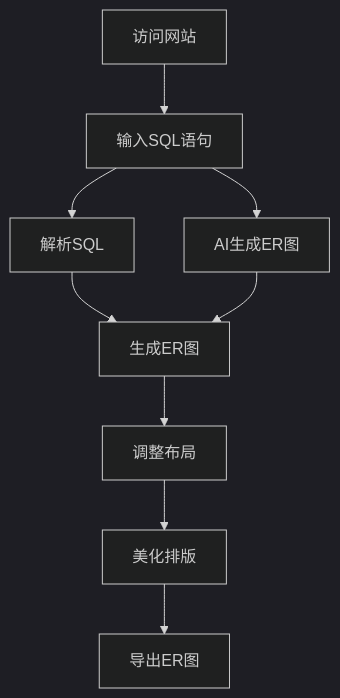
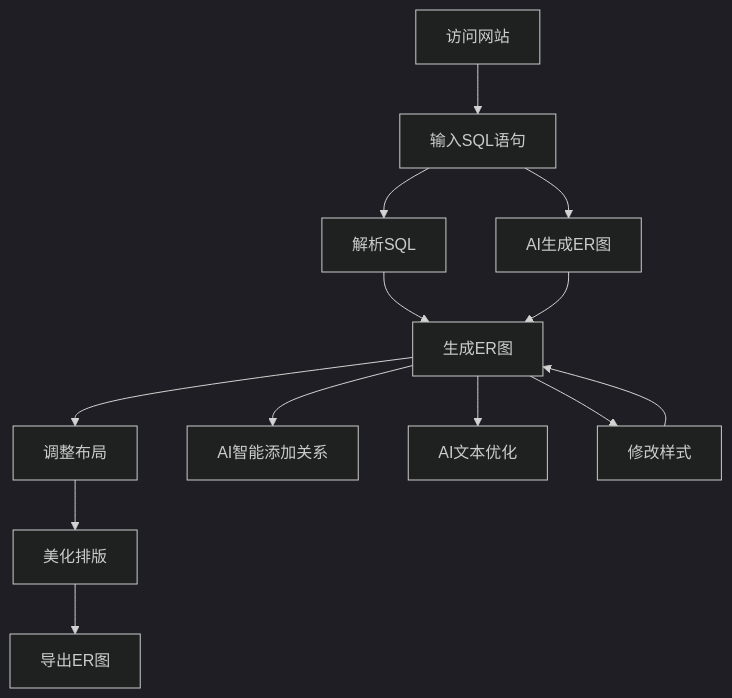
Before and after one commit to 2375351829/html-huahua: the diagram in .trae/documents/product_requirements.md, drawn with Mermaid (dark theme). The commit also changed other lines of this file and 21 other files, not shown here.

````diff
--- a/.trae/documents/product_requirements.md
+++ b/.trae/documents/product_requirements.md
@@ -35,11 +39,15 @@
 ```mermaid
 flowchart TD
     A[访问网站] --> B[输入SQL语句]
     B --> C[解析SQL]
     C --> D[生成ER图]
     D --> E[调整布局]
     E --> F[美化排版]
     F --> G[导出ER图]
     B --> H[AI生成ER图]
     H --> D
+    D --> I[AI智能添加关系]
+    D --> J[AI文本优化]
+    D --> K[修改样式]
+    K --> D
 ```
````
